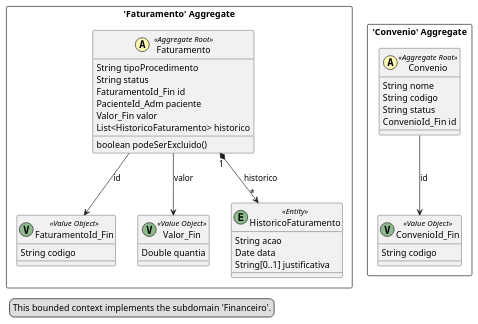
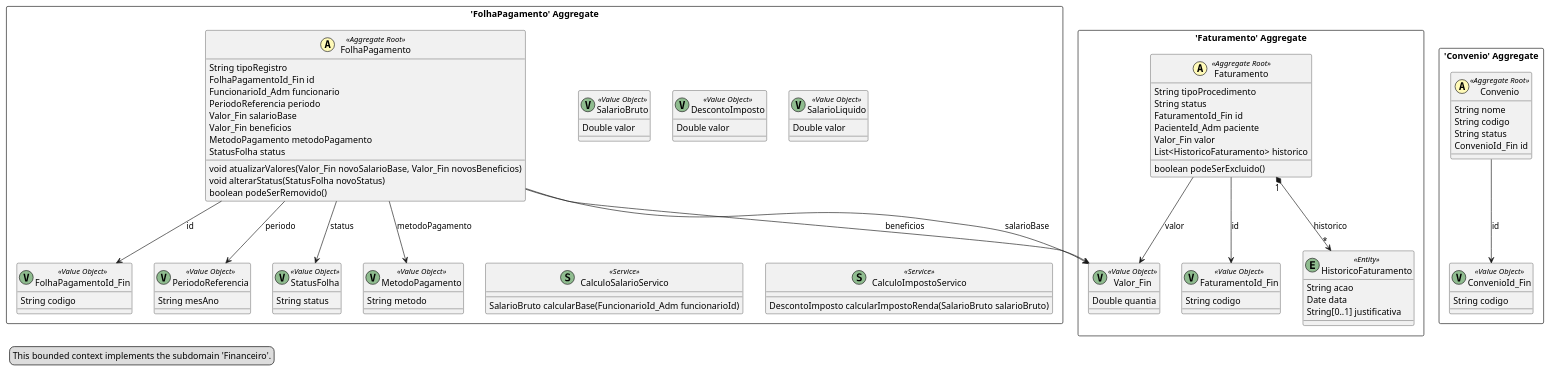
The diagram in src-gen/medflow_BC_Financeiro.puml (MatheusVelame/MedFlow), drawn with PlantUML before and after one commit. The commit also changed 2 other files, not shown here.

Commit message:
Adc Folha de Pagamento no COntext Mapper

```diff
--- a/src-gen/medflow_BC_Financeiro.puml
+++ b/src-gen/medflow_BC_Financeiro.puml
@@ -1,47 +1,95 @@
 @startuml
 
 skinparam componentStyle uml2
 
 package "'Faturamento' Aggregate" <<Rectangle>> {
 	class Faturamento <<(A,#fffab8) Aggregate Root>> {
 		String tipoProcedimento
 		String status
 		FaturamentoId_Fin id
 		PacienteId_Adm paciente
 		Valor_Fin valor
 		List<HistoricoFaturamento> historico
 		boolean podeSerExcluido()
 	}
 	class FaturamentoId_Fin <<(V,DarkSeaGreen) Value Object>> {
 		String codigo
 	}
 	class Valor_Fin <<(V,DarkSeaGreen) Value Object>> {
 		Double quantia
 	}
 	class HistoricoFaturamento <<(E,DarkSeaGreen) Entity>> {
 		String acao
 		Date data
 		String[0..1] justificativa
 	}
 }
 package "'Convenio' Aggregate" <<Rectangle>> {
 	class Convenio <<(A,#fffab8) Aggregate Root>> {
 		String nome
 		String codigo
 		String status
 		ConvenioId_Fin id
 	}
 	class ConvenioId_Fin <<(V,DarkSeaGreen) Value Object>> {
 		String codigo
 	}
 }
+package "'FolhaPagamento' Aggregate" <<Rectangle>> {
+	class FolhaPagamento <<(A,#fffab8) Aggregate Root>> {
+		String tipoRegistro
+		FolhaPagamentoId_Fin id
+		FuncionarioId_Adm funcionario
+		PeriodoReferencia periodo
+		Valor_Fin salarioBase
+		Valor_Fin beneficios
+		MetodoPagamento metodoPagamento
+		StatusFolha status
+		void atualizarValores(Valor_Fin novoSalarioBase, Valor_Fin novosBeneficios)
+		void alterarStatus(StatusFolha novoStatus)
+		boolean podeSerRemovido()
+	}
+	class FolhaPagamentoId_Fin <<(V,DarkSeaGreen) Value Object>> {
+		String codigo
+	}
+	class PeriodoReferencia <<(V,DarkSeaGreen) Value Object>> {
+		String mesAno
+	}
+	class StatusFolha <<(V,DarkSeaGreen) Value Object>> {
+		String status
+	}
+	class MetodoPagamento <<(V,DarkSeaGreen) Value Object>> {
+		String metodo
+	}
+	class SalarioBruto <<(V,DarkSeaGreen) Value Object>> {
+		Double valor
+	}
+	class DescontoImposto <<(V,DarkSeaGreen) Value Object>> {
+		Double valor
+	}
+	class SalarioLiquido <<(V,DarkSeaGreen) Value Object>> {
+		Double valor
+	}
+	class CalculoSalarioServico <<(S,DarkSeaGreen) Service>> {
+		SalarioBruto calcularBase(FuncionarioId_Adm funcionarioId)
+	}
+	class CalculoImpostoServico <<(S,DarkSeaGreen) Service>> {
+		DescontoImposto calcularImpostoRenda(SalarioBruto salarioBruto)
+	}
+}
 Convenio --> ConvenioId_Fin : id
+FolhaPagamento --> FolhaPagamentoId_Fin : id
 Faturamento --> Valor_Fin : valor
 Faturamento --> FaturamentoId_Fin : id
+FolhaPagamento --> StatusFolha : status
+FolhaPagamento --> Valor_Fin : beneficios
+FolhaPagamento --> MetodoPagamento : metodoPagamento
+FolhaPagamento --> PeriodoReferencia : periodo
+FolhaPagamento --> Valor_Fin : salarioBase
 Faturamento "1" *--> "*" HistoricoFaturamento : historico
 legend left
   This bounded context implements the subdomain 'Financeiro'.
 end legend
 
 
 @enduml
```
